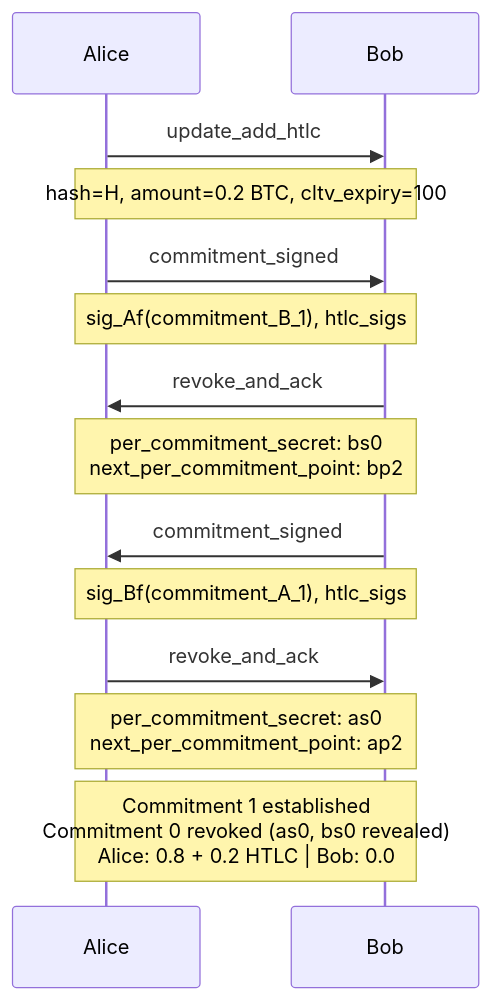
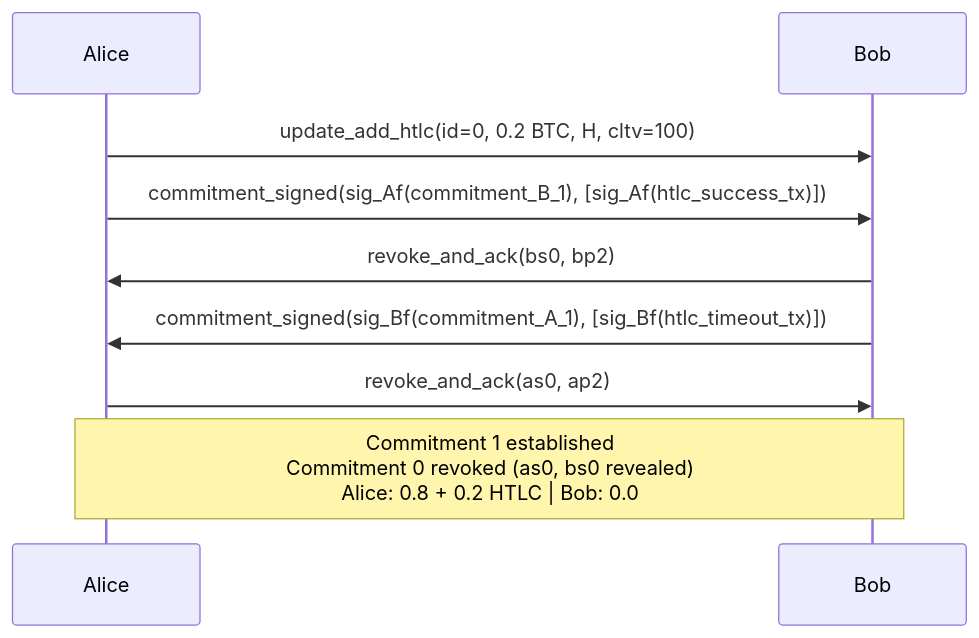
The second of 4 diagrams in reference/01-alice-pays-bob.md (dukeh3/vls-arch), drawn with Mermaid before and after one commit. The commit also changed other lines of this file and 4 other files, not shown here.

First line of the commit message:
Add challenges doc, inline params in all diagrams, expand redundancy analysis

````diff
--- a/reference/01-alice-pays-bob.md
+++ b/reference/01-alice-pays-bob.md
@@ -118,22 +107,13 @@
 ```mermaid
 sequenceDiagram
     participant Alice
     participant Bob
 
-    Alice->>Bob: update_add_htlc
-    Note over Alice, Bob: hash=H, amount=0.2 BTC, cltv_expiry=100
-
-    Alice->>Bob: commitment_signed
-    Note over Alice, Bob: sig_Af(commitment_B_1), htlc_sigs
-
-    Bob->>Alice: revoke_and_ack
-    Note over Alice, Bob: per_commitment_secret: bs0<br/>next_per_commitment_point: bp2
-
-    Bob->>Alice: commitment_signed
-    Note over Alice, Bob: sig_Bf(commitment_A_1), htlc_sigs
-
-    Alice->>Bob: revoke_and_ack
-    Note over Alice, Bob: per_commitment_secret: as0<br/>next_per_commitment_point: ap2
+    Alice->>Bob: update_add_htlc(id=0, 0.2 BTC, H, cltv=100)
+    Alice->>Bob: commitment_signed(sig_Af(commitment_B_1), [sig_Af(htlc_success_tx)])
+    Bob->>Alice: revoke_and_ack(bs0, bp2)
+    Bob->>Alice: commitment_signed(sig_Bf(commitment_A_1), [sig_Bf(htlc_timeout_tx)])
+    Alice->>Bob: revoke_and_ack(as0, ap2)
 
     Note over Alice, Bob: Commitment 1 established<br/>Commitment 0 revoked (as0, bs0 revealed)<br/>Alice: 0.8 + 0.2 HTLC | Bob: 0.0
 ```
````
